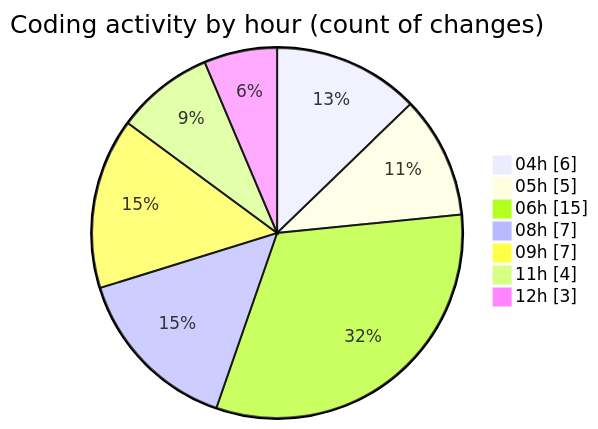
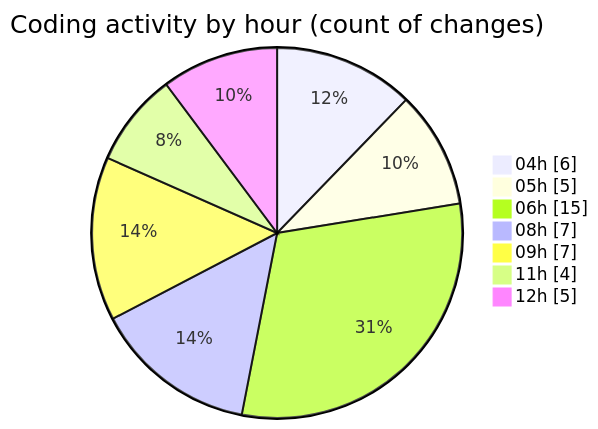
Before and after one commit to vahidmafi/code-tracking: the second of 2 diagrams in 2025-03-23/zeytoon/README.md, drawn with Mermaid. The commit also changed other lines of this file and 1 other file, not shown here.

````diff
--- a/2025-03-23/zeytoon/README.md
+++ b/2025-03-23/zeytoon/README.md
@@ -39,11 +39,11 @@
 ```mermaid
 pie showData
 title Coding activity by hour (count of changes)
 "04h" : 6
 "05h" : 5
 "06h" : 15
 "08h" : 7
 "09h" : 7
 "11h" : 4
-"12h" : 3
+"12h" : 5
 ```
````
